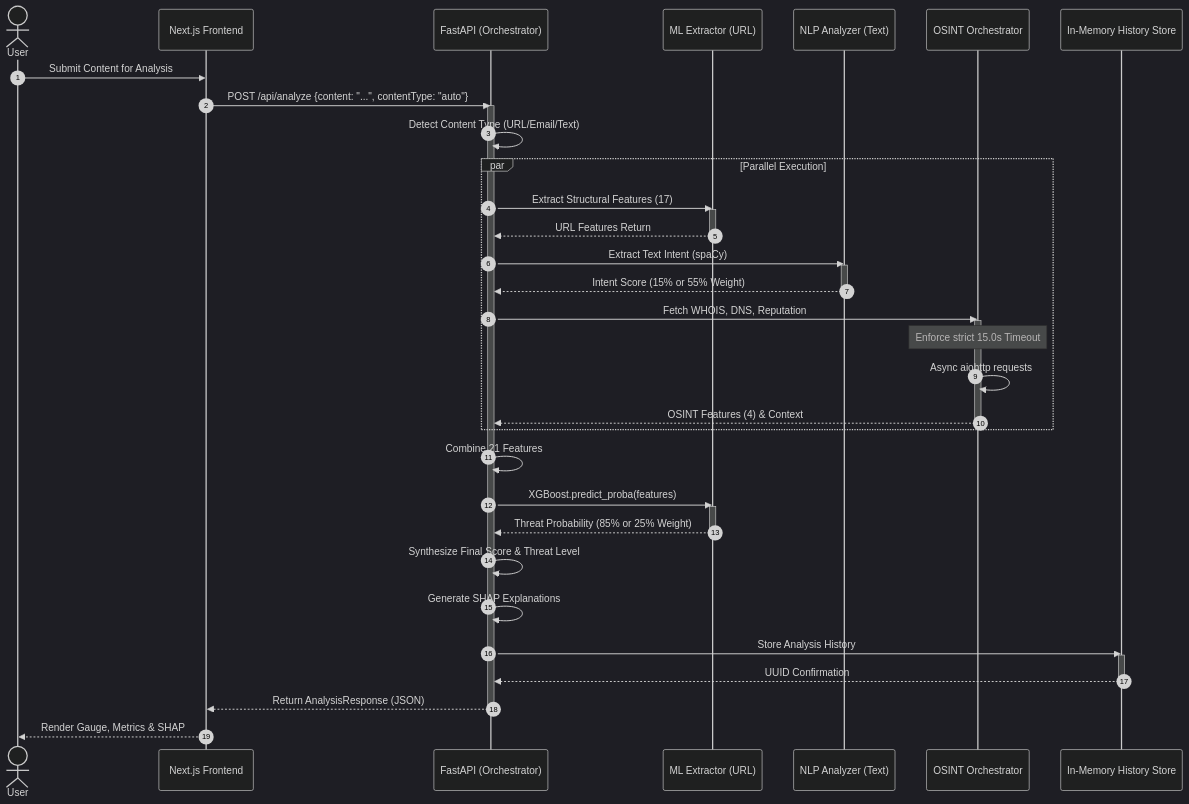
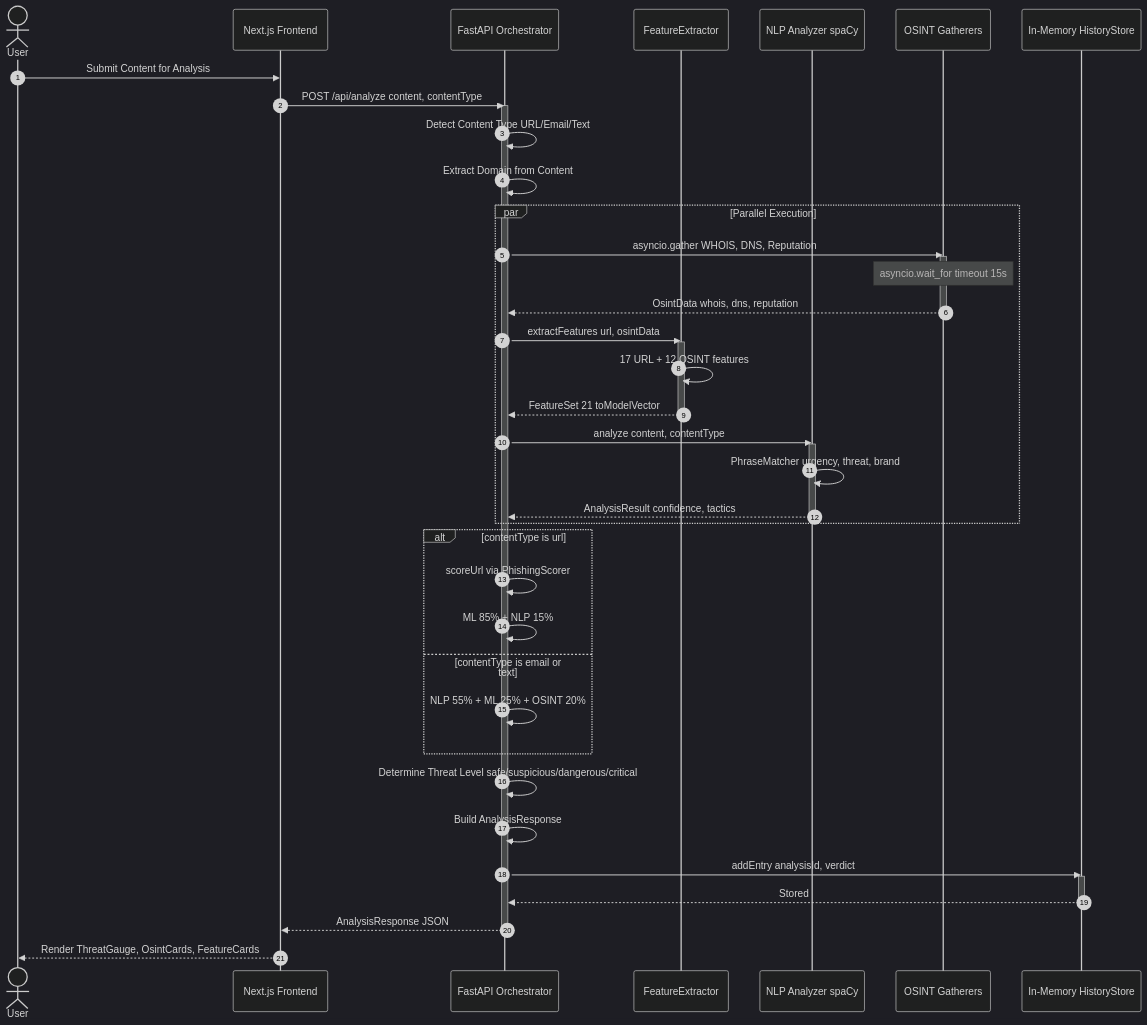
The diagram in docs/diagrams/mermaid/sequence-diagram.mmd (ELTE-DSED/phishing-detection-osint), drawn with Mermaid (dark theme) before and after one commit. The commit also changed 11 other files, not shown here.

First line of the commit message:
docs: Second-pass Mermaid diagram audit - fix all 5 diagrams to precisely match codebase

```diff
--- a/docs/diagrams/mermaid/sequence-diagram.mmd
+++ b/docs/diagrams/mermaid/sequence-diagram.mmd
@@ -1,53 +1,56 @@
 sequenceDiagram
-    autonumber
-    actor User
-    participant Browser as Next.js Frontend
-    participant API as FastAPI (Orchestrator)
-    participant ML_Pipe as ML Extractor (URL)
-    participant NLP_Pipe as NLP Analyzer (Text)
-    participant OSINT as OSINT Orchestrator
-    participant DB as In-Memory History Store
-    
-    User->>Browser: Submit Content for Analysis
-    Browser->>API: POST /api/analyze {content: "...", contentType: "auto"}
-    
-    activate API
-    API->>API: Detect Content Type (URL/Email/Text)
-    
-    par Parallel Execution
-        API->>ML_Pipe: Extract Structural Features (17)
-        activate ML_Pipe
-        ML_Pipe-->>API: URL Features Return
-        deactivate ML_Pipe
-        
-        API->>NLP_Pipe: Extract Text Intent (spaCy)
-        activate NLP_Pipe
-        NLP_Pipe-->>API: Intent Score (15% or 55% Weight)
-        deactivate NLP_Pipe
-        
-        API->>OSINT: Fetch WHOIS, DNS, Reputation
-        activate OSINT
-        Note over OSINT: Enforce strict 15.0s Timeout
-        OSINT->>OSINT: Async aiohttp requests
-        OSINT-->>API: OSINT Features (4) & Context
-        deactivate OSINT
-    end
-    
-    API->>API: Combine 21 Features
-    API->>ML_Pipe: XGBoost.predict_proba(features)
-    activate ML_Pipe
-    ML_Pipe-->>API: Threat Probability (85% or 25% Weight)
-    deactivate ML_Pipe
-    
-    API->>API: Synthesize Final Score & Threat Level
-    API->>API: Generate SHAP Explanations
-    
-    API->>DB: Store Analysis History
-    activate DB
-    DB-->>API: UUID Confirmation
-    deactivate DB
-    
-    API-->>Browser: Return AnalysisResponse (JSON)
-    deactivate API
-    
-    Browser-->>User: Render Gauge, Metrics & SHAP
+autonumber
+actor User
+participant Browser as Next.js Frontend
+participant API as FastAPI Orchestrator
+participant ML_Extract as FeatureExtractor
+participant NLP as NLP Analyzer spaCy
+participant OSINT as OSINT Gatherers
+participant DB as In-Memory HistoryStore
+
+User->>Browser: Submit Content for Analysis
+Browser->>API: POST /api/analyze content, contentType
+
+activate API
+API->>API: Detect Content Type URL/Email/Text
+API->>API: Extract Domain from Content
+
+par Parallel Execution
+API->>OSINT: asyncio.gather WHOIS, DNS, Reputation
+activate OSINT
+Note over OSINT: asyncio.wait_for timeout 15s
+OSINT-->>API: OsintData whois, dns, reputation
+deactivate OSINT
+
+API->>ML_Extract: extractFeatures url, osintData
+activate ML_Extract
+ML_Extract->>ML_Extract: 17 URL + 12 OSINT features
+ML_Extract-->>API: FeatureSet 21 toModelVector
+deactivate ML_Extract
+
+API->>NLP: analyze content, contentType
+activate NLP
+NLP->>NLP: PhraseMatcher urgency, threat, brand
+NLP-->>API: AnalysisResult confidence, tactics
+deactivate NLP
+end
+
+alt contentType is url
+API->>API: scoreUrl via PhishingScorer
+API->>API: ML 85% + NLP 15%
+else contentType is email or text
+API->>API: NLP 55% + ML 25% + OSINT 20%
+end
+
+API->>API: Determine Threat Level safe/suspicious/dangerous/critical
+API->>API: Build AnalysisResponse
+
+API->>DB: addEntry analysisId, verdict
+activate DB
+DB-->>API: Stored
+deactivate DB
+
+API-->>Browser: AnalysisResponse JSON
+deactivate API
+
+Browser-->>User: Render ThreatGauge, OsintCards, FeatureCards
```
